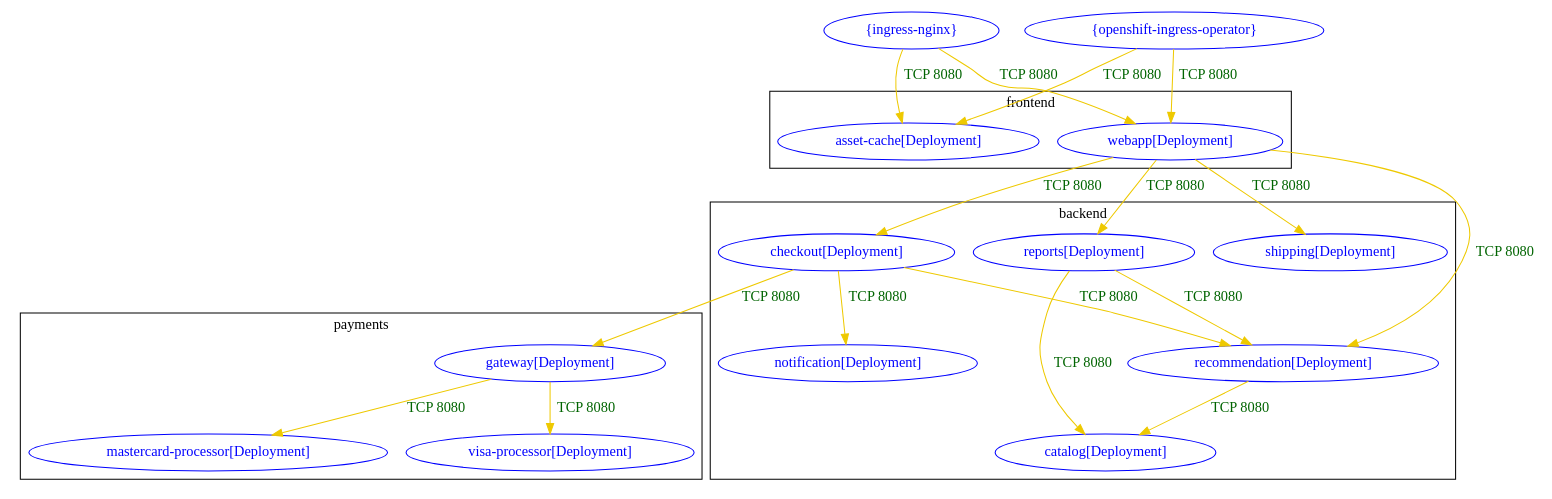
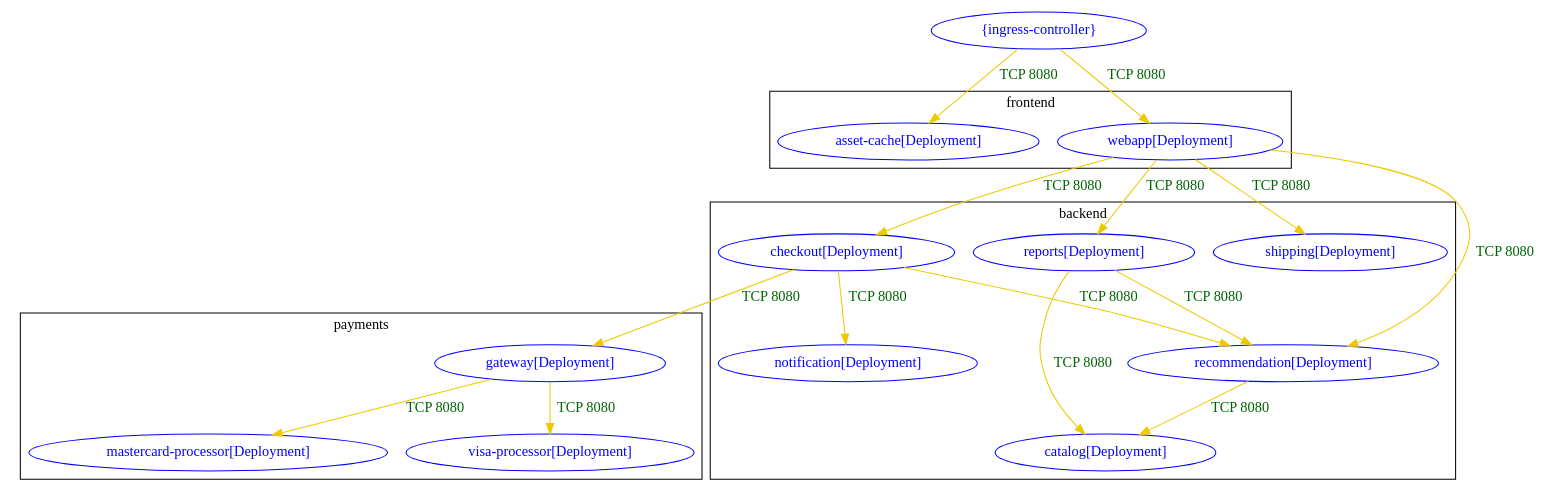
Before and after one commit to np-guard/netpol-analyzer: the diagram in test_outputs/connlist/acs-security-demos_connlist_output.dot, drawn with Graphviz. The commit also changed 83 other files, not shown here.

```diff
--- a/test_outputs/connlist/acs-security-demos_connlist_output.dot
+++ b/test_outputs/connlist/acs-security-demos_connlist_output.dot
@@ -1,40 +1,37 @@
 digraph {
 	subgraph cluster_backend {
 		"backend/catalog[Deployment]" [label="catalog[Deployment]" color="blue" fontcolor="blue"]
 		"backend/checkout[Deployment]" [label="checkout[Deployment]" color="blue" fontcolor="blue"]
 		"backend/notification[Deployment]" [label="notification[Deployment]" color="blue" fontcolor="blue"]
 		"backend/recommendation[Deployment]" [label="recommendation[Deployment]" color="blue" fontcolor="blue"]
 		"backend/reports[Deployment]" [label="reports[Deployment]" color="blue" fontcolor="blue"]
 		"backend/shipping[Deployment]" [label="shipping[Deployment]" color="blue" fontcolor="blue"]
 		label="backend"
 	}
 	subgraph cluster_frontend {
 		"frontend/asset-cache[Deployment]" [label="asset-cache[Deployment]" color="blue" fontcolor="blue"]
 		"frontend/webapp[Deployment]" [label="webapp[Deployment]" color="blue" fontcolor="blue"]
 		label="frontend"
 	}
 	subgraph cluster_payments {
 		"payments/gateway[Deployment]" [label="gateway[Deployment]" color="blue" fontcolor="blue"]
 		"payments/mastercard-processor[Deployment]" [label="mastercard-processor[Deployment]" color="blue" fontcolor="blue"]
 		"payments/visa-processor[Deployment]" [label="visa-processor[Deployment]" color="blue" fontcolor="blue"]
 		label="payments"
 	}
-	"{ingress-nginx}" [label="{ingress-nginx}" color="blue" fontcolor="blue"]
-	"{openshift-ingress-operator}" [label="{openshift-ingress-operator}" color="blue" fontcolor="blue"]
+	"{ingress-controller}" [label="{ingress-controller}" color="blue" fontcolor="blue"]
 	"backend/checkout[Deployment]" -> "backend/notification[Deployment]" [label="TCP 8080" color="gold2" fontcolor="darkgreen"]
 	"backend/checkout[Deployment]" -> "backend/recommendation[Deployment]" [label="TCP 8080" color="gold2" fontcolor="darkgreen"]
 	"backend/checkout[Deployment]" -> "payments/gateway[Deployment]" [label="TCP 8080" color="gold2" fontcolor="darkgreen"]
 	"backend/recommendation[Deployment]" -> "backend/catalog[Deployment]" [label="TCP 8080" color="gold2" fontcolor="darkgreen"]
 	"backend/reports[Deployment]" -> "backend/catalog[Deployment]" [label="TCP 8080" color="gold2" fontcolor="darkgreen"]
 	"backend/reports[Deployment]" -> "backend/recommendation[Deployment]" [label="TCP 8080" color="gold2" fontcolor="darkgreen"]
 	"frontend/webapp[Deployment]" -> "backend/checkout[Deployment]" [label="TCP 8080" color="gold2" fontcolor="darkgreen"]
 	"frontend/webapp[Deployment]" -> "backend/recommendation[Deployment]" [label="TCP 8080" color="gold2" fontcolor="darkgreen"]
 	"frontend/webapp[Deployment]" -> "backend/reports[Deployment]" [label="TCP 8080" color="gold2" fontcolor="darkgreen"]
 	"frontend/webapp[Deployment]" -> "backend/shipping[Deployment]" [label="TCP 8080" color="gold2" fontcolor="darkgreen"]
 	"payments/gateway[Deployment]" -> "payments/mastercard-processor[Deployment]" [label="TCP 8080" color="gold2" fontcolor="darkgreen"]
 	"payments/gateway[Deployment]" -> "payments/visa-processor[Deployment]" [label="TCP 8080" color="gold2" fontcolor="darkgreen"]
-	"{ingress-nginx}" -> "frontend/asset-cache[Deployment]" [label="TCP 8080" color="gold2" fontcolor="darkgreen"]
-	"{ingress-nginx}" -> "frontend/webapp[Deployment]" [label="TCP 8080" color="gold2" fontcolor="darkgreen"]
-	"{openshift-ingress-operator}" -> "frontend/asset-cache[Deployment]" [label="TCP 8080" color="gold2" fontcolor="darkgreen"]
-	"{openshift-ingress-operator}" -> "frontend/webapp[Deployment]" [label="TCP 8080" color="gold2" fontcolor="darkgreen"]
+	"{ingress-controller}" -> "frontend/asset-cache[Deployment]" [label="TCP 8080" color="gold2" fontcolor="darkgreen"]
+	"{ingress-controller}" -> "frontend/webapp[Deployment]" [label="TCP 8080" color="gold2" fontcolor="darkgreen"]
 }
```
